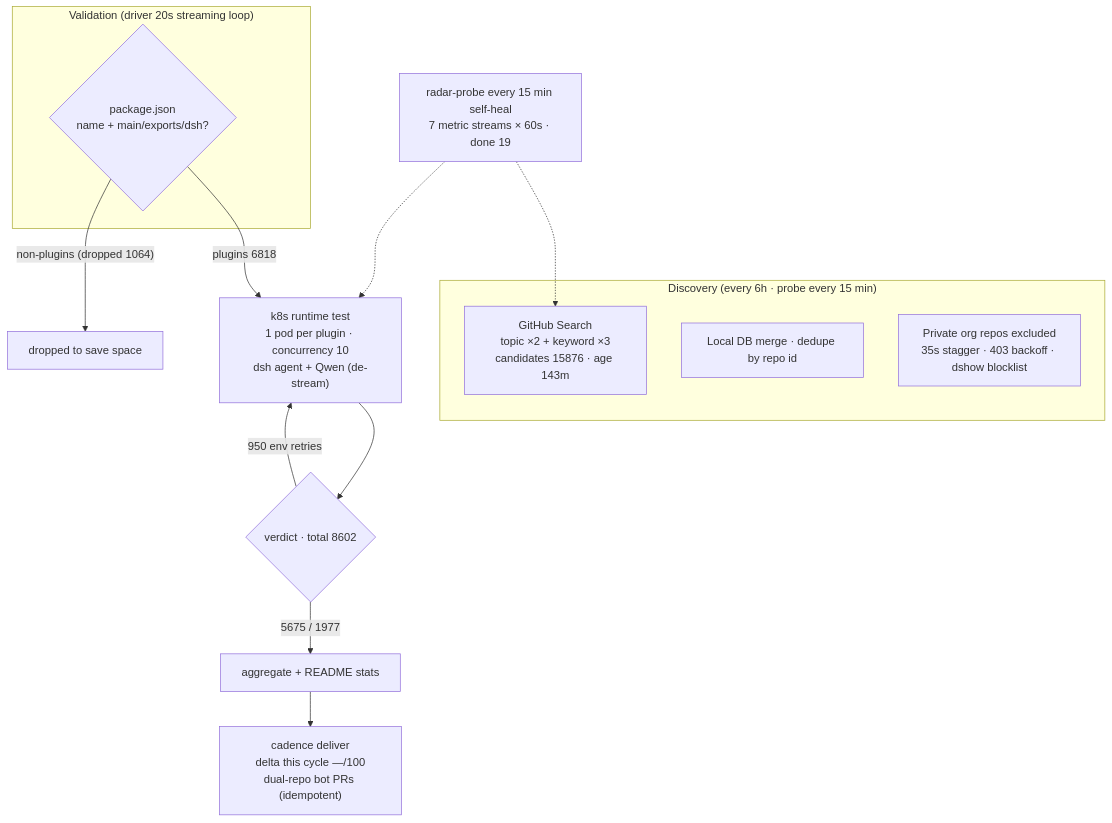
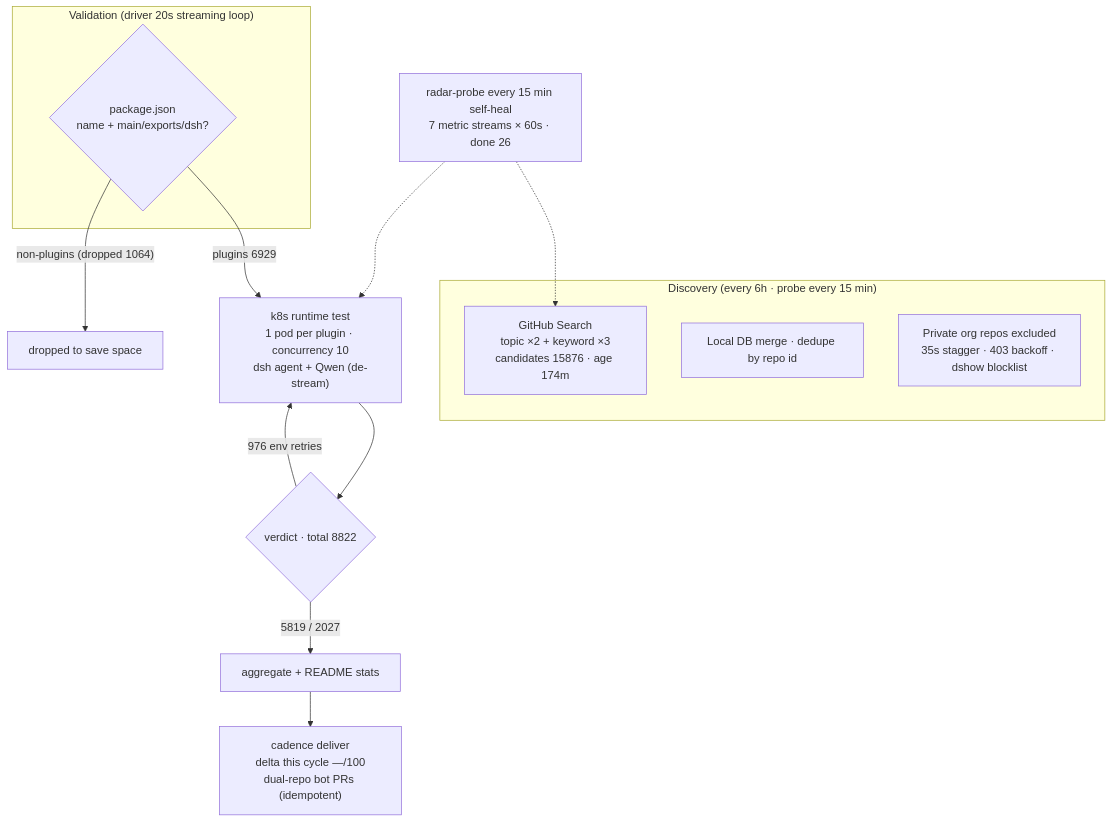
One commit to AdamPlatin123/awesome-dsh-plugins changed the diagram in README.en-US.md. Above: the diagram before and after it, drawn with Mermaid. The commit also changed other lines of this file and 4 other files, not shown here.

````diff
--- a/README.en-US.md
+++ b/README.en-US.md
@@ -30,20 +30,20 @@
 ```mermaid
 flowchart TB
     subgraph Discovery["Discovery (every 6h · probe every 15 min)"]
-        A1["GitHub Search<br/>topic ×2 + keyword ×3<br/>candidates 15876 · age 143m"]
+        A1["GitHub Search<br/>topic ×2 + keyword ×3<br/>candidates 15876 · age 174m"]
         A2["Local DB merge · dedupe by repo id"]
         A3["Private org repos excluded<br/>35s stagger · 403 backoff · dshow blocklist"]
     end
     subgraph Validation["Validation (driver 20s streaming loop)"]
         B1{"package.json<br/>name + main/exports/dsh?"}
     end
-    B1 -->|"plugins 6818"| C1["k8s runtime test<br/>1 pod per plugin · concurrency 10<br/>dsh agent + Qwen (de-stream)"]
+    B1 -->|"plugins 6929"| C1["k8s runtime test<br/>1 pod per plugin · concurrency 10<br/>dsh agent + Qwen (de-stream)"]
     B1 -->|"non-plugins (dropped 1064)"| B3["dropped to save space"]
-    C1 --> D1{"verdict · total 8602"}
-    D1 -->|"5675 / 1977"| E1["aggregate + README stats"]
-    D1 -->|"950 env retries"| C1
+    C1 --> D1{"verdict · total 8822"}
+    D1 -->|"5819 / 2027"| E1["aggregate + README stats"]
+    D1 -->|"976 env retries"| C1
     E1 --> E2["cadence deliver<br/>delta this cycle —/100<br/>dual-repo bot PRs (idempotent)"]
-    M["radar-probe every 15 min self-heal<br/>7 metric streams × 60s · done 19"]
+    M["radar-probe every 15 min self-heal<br/>7 metric streams × 60s · done 26"]
     M -.-> A1
     M -.-> C1
 ```
````
